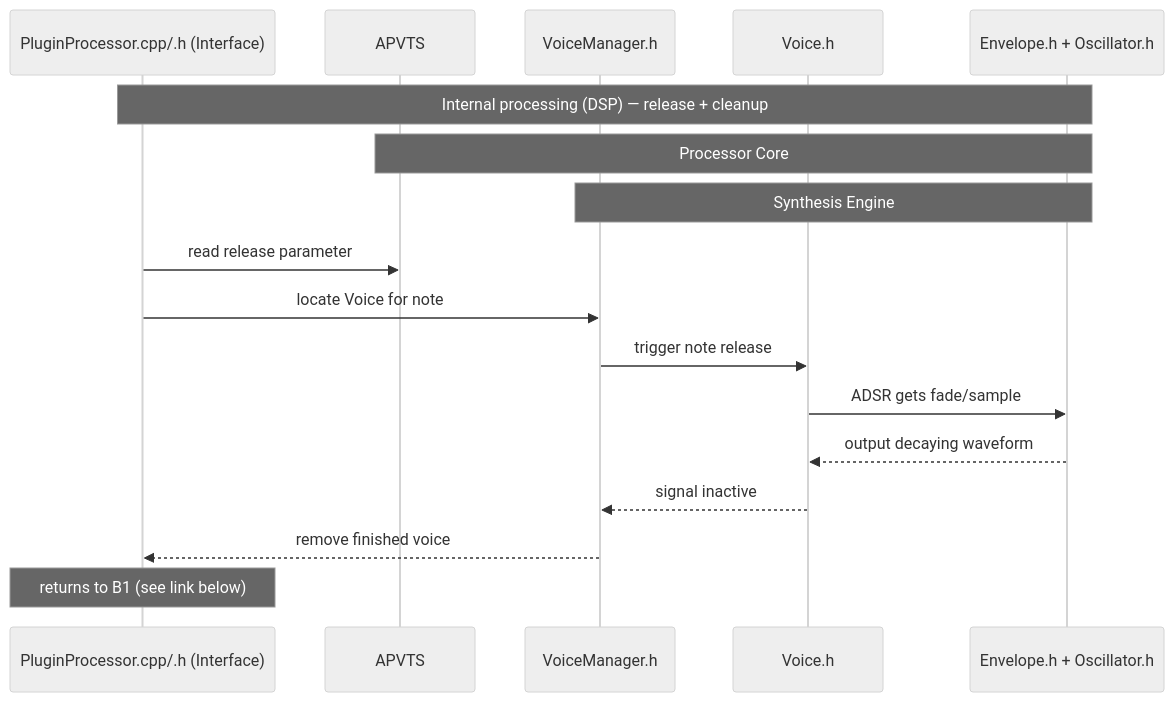
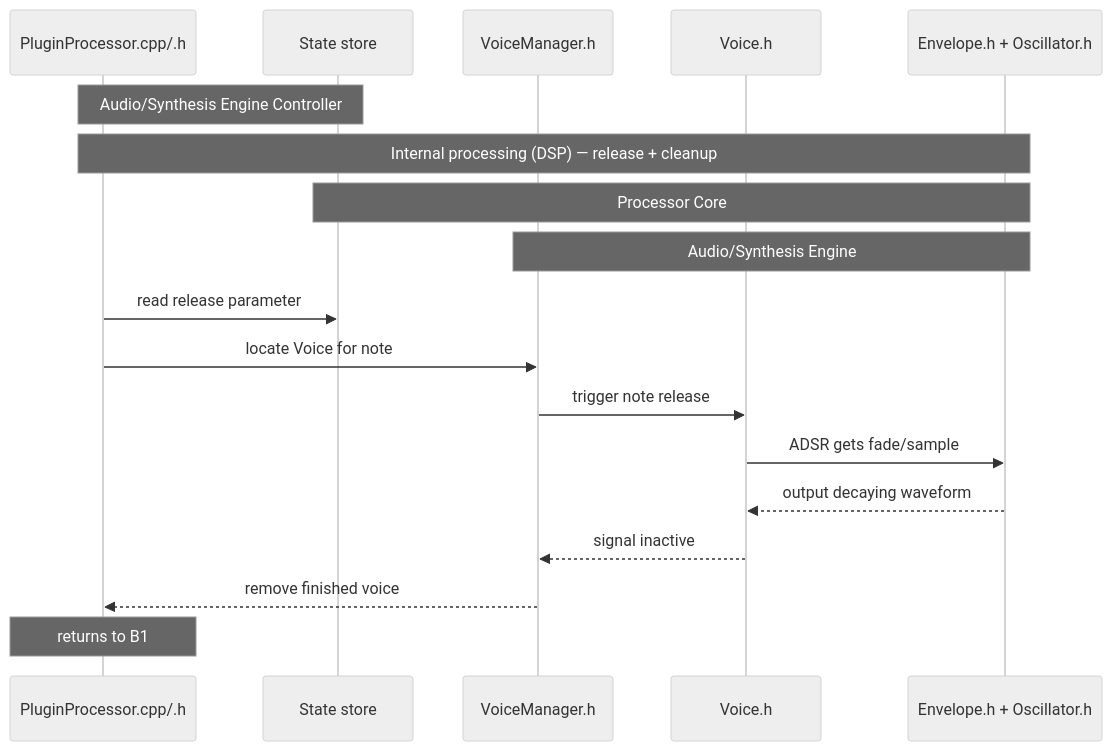
Before and after one commit to TYLERSFOSTER/MIDIControl001: the fourth of 6 diagrams in docs/architecture.md, drawn with Mermaid (neutral theme). The commit also changed other lines of this file, not shown here.

Commit message:
architecture.md updated

````diff
--- a/docs/architecture.md
+++ b/docs/architecture.md
@@ -119,20 +120,21 @@
 ```mermaid
 sequenceDiagram
-participant PluginProcessor as PluginProcessor.cpp/.h (Interface)
-participant ValueTree as APVTS
+participant PluginProcessor as PluginProcessor.cpp/.h
+participant ValueTree as State store
 participant VoiceManager as VoiceManager.h
 participant Voice as Voice.h
 participant DSP as Envelope.h + Oscillator.h
 
+Note over PluginProcessor,ValueTree: Audio/Synthesis Engine Controller
 Note over PluginProcessor,DSP: Internal processing (DSP) — release + cleanup
 Note over ValueTree,DSP: Processor Core
-Note over VoiceManager,DSP: Synthesis Engine
+Note over VoiceManager,DSP: Audio/Synthesis Engine
 PluginProcessor->>ValueTree: read release parameter
 PluginProcessor->>VoiceManager: locate Voice for note
 VoiceManager->>Voice: trigger note release
 Voice->>DSP: ADSR gets fade/sample
 DSP-->>Voice: output decaying waveform
 Voice-->>VoiceManager: signal inactive
 VoiceManager-->>PluginProcessor: remove finished voice
-Note over PluginProcessor: returns to B1 (see link below)
+Note over PluginProcessor: returns to B1
 ```
````
